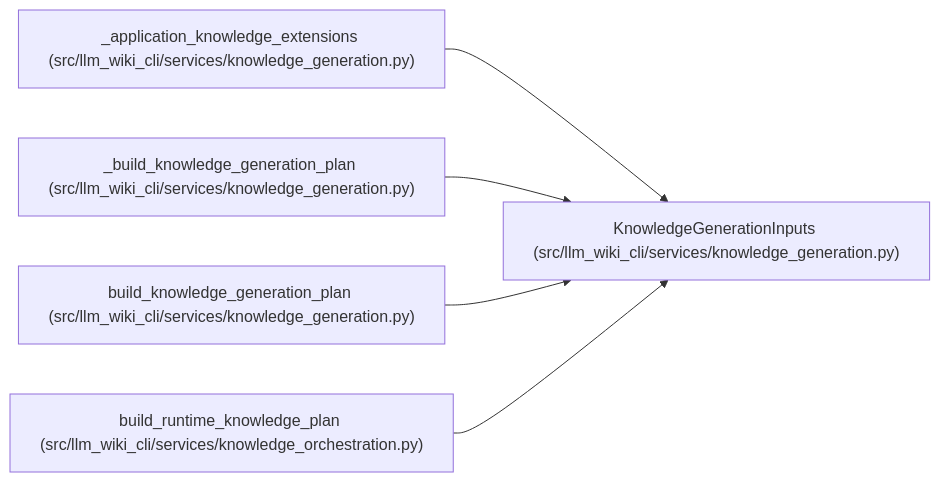
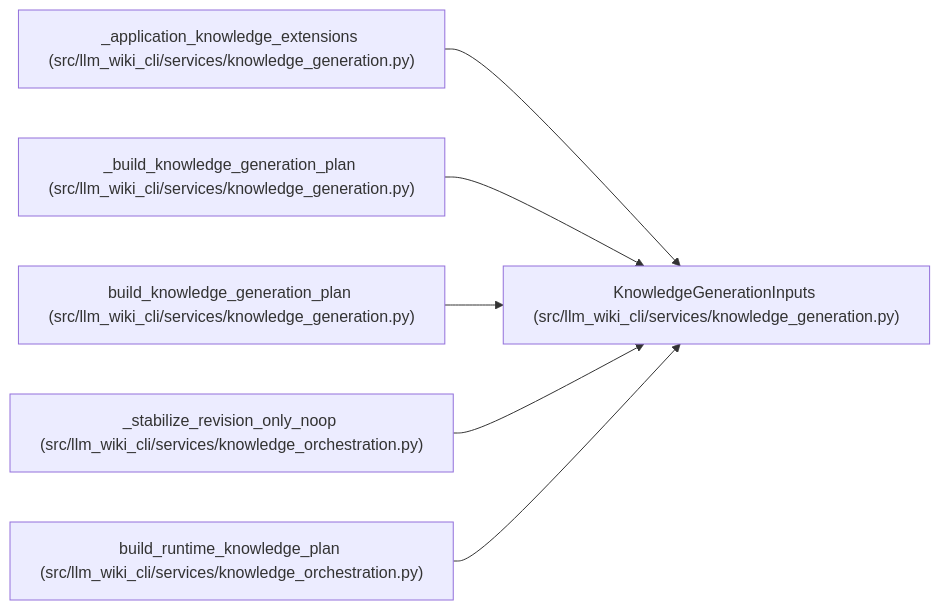
Before and after one commit to Denissvgn/python-wiki-llm: the diagram in docs/llm_wiki/entities/KnowledgeGenerationInputs.md, drawn with Mermaid. The commit also changed other lines of this file and 22 other files, not shown here.

````diff
--- a/docs/llm_wiki/entities/KnowledgeGenerationInputs.md
+++ b/docs/llm_wiki/entities/KnowledgeGenerationInputs.md
@@ -78,17 +78,20 @@
 ```mermaid
 flowchart LR
     n0["KnowledgeGenerationInputs (src/llm_wiki_cli/services/knowledge_generation.py)"]
     n1["_application_knowledge_extensions (src/llm_wiki_cli/services/knowledge_generation.py)"]
     n2["_build_knowledge_generation_plan (src/llm_wiki_cli/services/knowledge_generation.py)"]
     n3["build_knowledge_generation_plan (src/llm_wiki_cli/services/knowledge_generation.py)"]
-    n4["build_runtime_knowledge_plan (src/llm_wiki_cli/services/knowledge_orchestration.py)"]
+    n4["_stabilize_revision_only_noop (src/llm_wiki_cli/services/knowledge_orchestration.py)"]
+    n5["build_runtime_knowledge_plan (src/llm_wiki_cli/services/knowledge_orchestration.py)"]
     n1 --> n0
     n2 --> n0
     n3 --> n0
     n4 --> n0
+    n5 --> n0
     click n0 "../modules/knowledge_generation.md"
     click n1 "../modules/knowledge_generation.md"
     click n2 "../modules/knowledge_generation.md"
     click n3 "../modules/knowledge_generation.md"
     click n4 "../modules/knowledge_orchestration.md"
+    click n5 "../modules/knowledge_orchestration.md"
 ```
````
